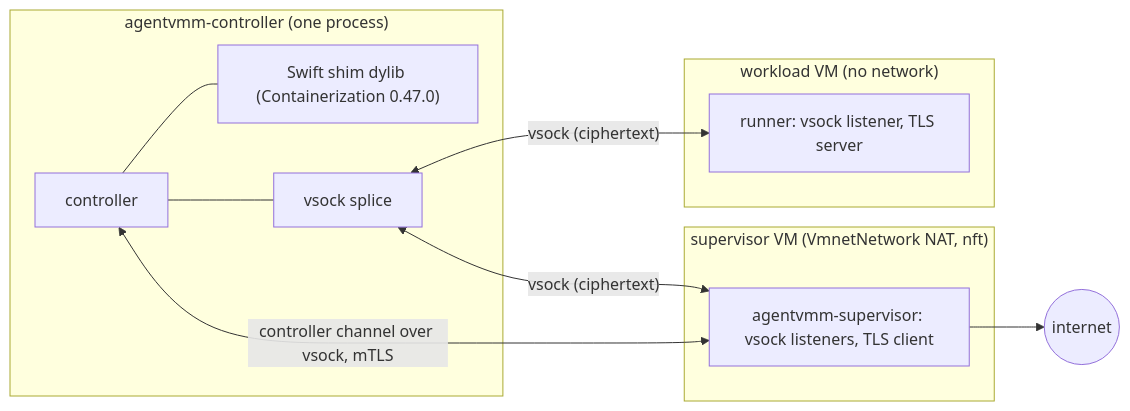
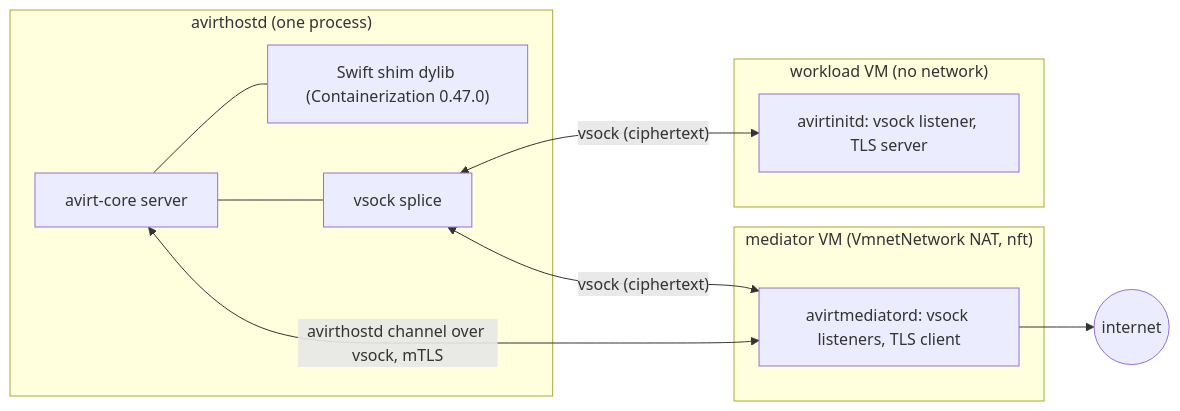
The first of 2 diagrams in docs/compute-runtimes.md (tbhb-dev/avirt), drawn with Mermaid before and after one commit. The commit also changed other lines of this file and 94 other files, not shown here.

````diff
--- a/docs/compute-runtimes.md
+++ b/docs/compute-runtimes.md
@@ -99,20 +99,20 @@
 ```mermaid
 flowchart LR
-    subgraph ctl["agentvmm-controller (one process)"]
-        core["controller"]
+    subgraph hostd["avirthostd (one process)"]
+        core["avirt-core server"]
         shim["Swift shim dylib (Containerization 0.47.0)"]
         splice["vsock splice"]
         core --- shim
         core --- splice
     end
     subgraph wvm["workload VM (no network)"]
-        runner["runner: vsock listener, TLS server"]
+        avirtinitd["avirtinitd: vsock listener, TLS server"]
     end
-    subgraph svm["supervisor VM (VmnetNetwork NAT, nft)"]
-        sup["agentvmm-supervisor: vsock listeners, TLS client"]
+    subgraph svm["mediator VM (VmnetNetwork NAT, nft)"]
+        med["avirtmediatord: vsock listeners, TLS client"]
     end
-    splice <-->|"vsock (ciphertext)"| runner
-    splice <-->|"vsock (ciphertext)"| sup
-    core <-->|"controller channel over vsock, mTLS"| sup
-    sup --> net(("internet"))
+    splice <-->|"vsock (ciphertext)"| avirtinitd
+    splice <-->|"vsock (ciphertext)"| med
+    core <-->|"avirthostd channel over vsock, mTLS"| med
+    med --> net(("internet"))
 ```
````
